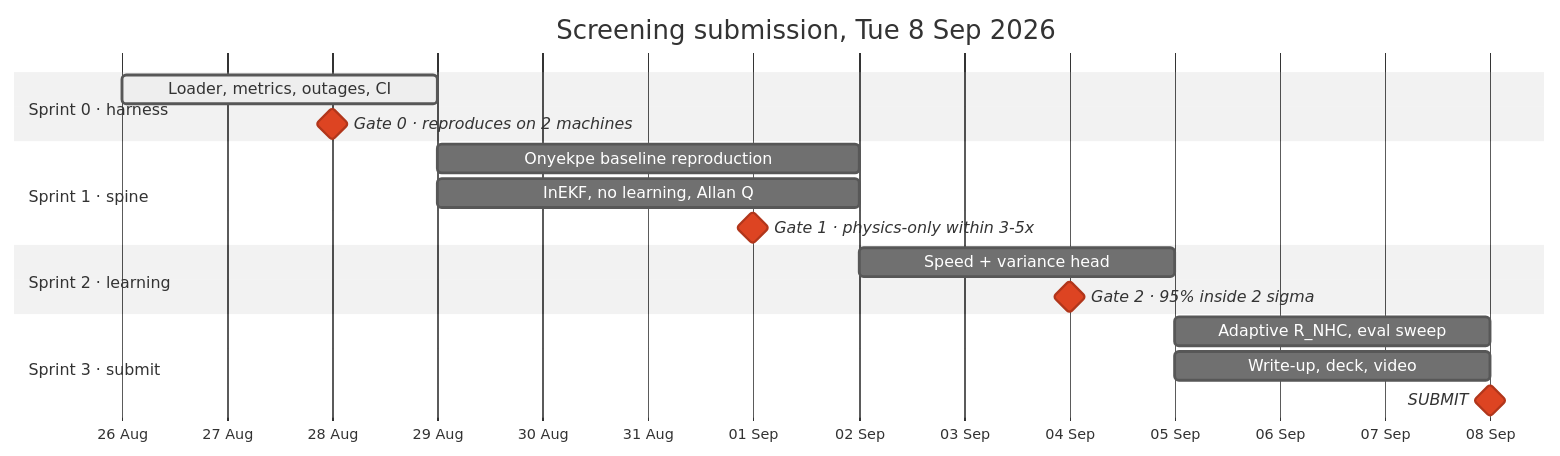
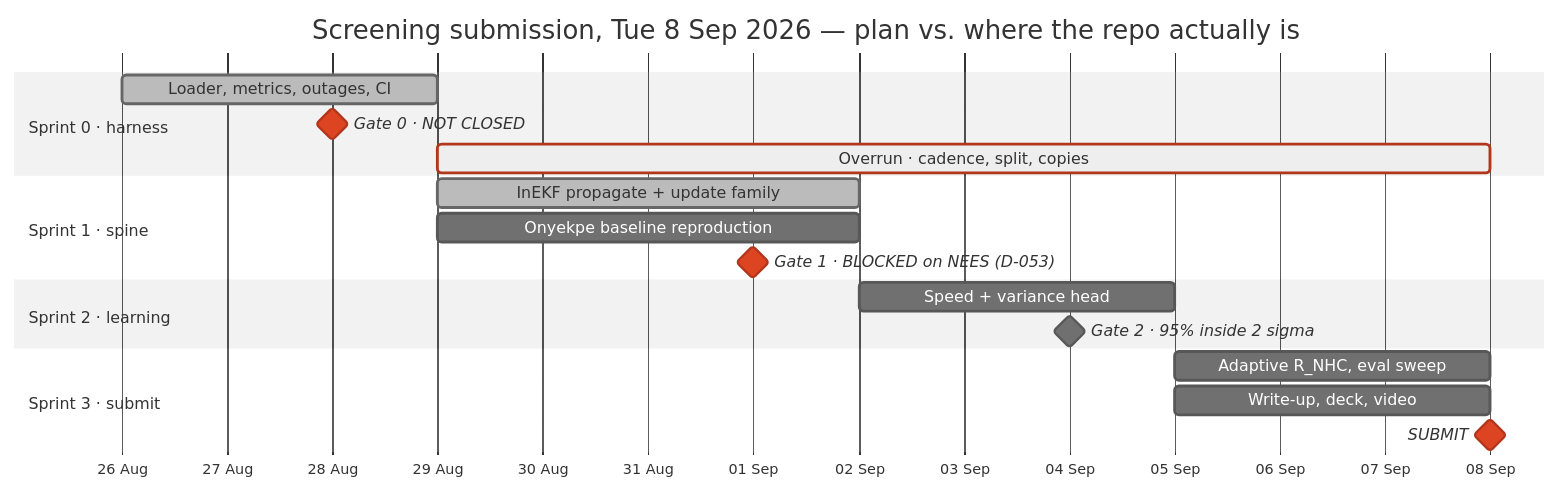
One commit to sushant-mishra-dtu/SIH-26168 changed the third of 5 diagrams in README.md. Above: the diagram before and after it, drawn with Mermaid (neutral theme). The commit also changed other lines of this file and 18 other files, not shown here.

Commit message:
Add architecture diagram for Invariant EKF on SE2(3) in SVG format

````diff
--- a/README.md
+++ b/README.md
@@ -112,24 +116,26 @@
 ```mermaid
 gantt
-    title Screening submission, Tue 8 Sep 2026
+    title Screening submission, Tue 8 Sep 2026 — plan vs. where the repo actually is
     dateFormat YYYY-MM-DD
     axisFormat %d %b
+    todayMarker stroke-width:3px,stroke:#f85149,opacity:0.9
 
     section Sprint 0 · harness
-    Loader, metrics, outages, CI     :active, s0, 2026-08-26, 3d
-    Gate 0 · reproduces on 2 machines :milestone, crit, g0, 2026-08-28, 0d
+    Loader, metrics, outages, CI      :done, s0, 2026-08-26, 3d
+    Gate 0 · NOT CLOSED               :milestone, crit, g0, 2026-08-28, 0d
+    Overrun · cadence, split, copies  :active, crit, s0b, 2026-08-29, 10d
 
     section Sprint 1 · spine
-    Onyekpe baseline reproduction    :s1a, 2026-08-29, 4d
-    InEKF, no learning, Allan Q      :s1b, 2026-08-29, 4d
-    Gate 1 · physics-only within 3-5x :milestone, crit, g1, 2026-09-01, 0d
+    InEKF propagate + update family   :done, s1b, 2026-08-29, 4d
+    Onyekpe baseline reproduction     :s1a, 2026-08-29, 4d
+    Gate 1 · BLOCKED on NEES (D-053)  :milestone, crit, g1, 2026-09-01, 0d
 
     section Sprint 2 · learning
-    Speed + variance head            :s2, 2026-09-02, 3d
-    Gate 2 · 95% inside 2 sigma      :milestone, crit, g2, 2026-09-04, 0d
+    Speed + variance head             :s2, 2026-09-02, 3d
+    Gate 2 · 95% inside 2 sigma       :milestone, g2, 2026-09-04, 0d
 
     section Sprint 3 · submit
-    Adaptive R_NHC, eval sweep       :s3a, 2026-09-05, 3d
-    Write-up, deck, video            :s3b, 2026-09-05, 3d
-    SUBMIT                           :milestone, crit, sub, 2026-09-08, 0d
+    Adaptive R_NHC, eval sweep        :s3a, 2026-09-05, 3d
+    Write-up, deck, video             :s3b, 2026-09-05, 3d
+    SUBMIT                            :milestone, crit, sub, 2026-09-08, 0d
 ```
````
